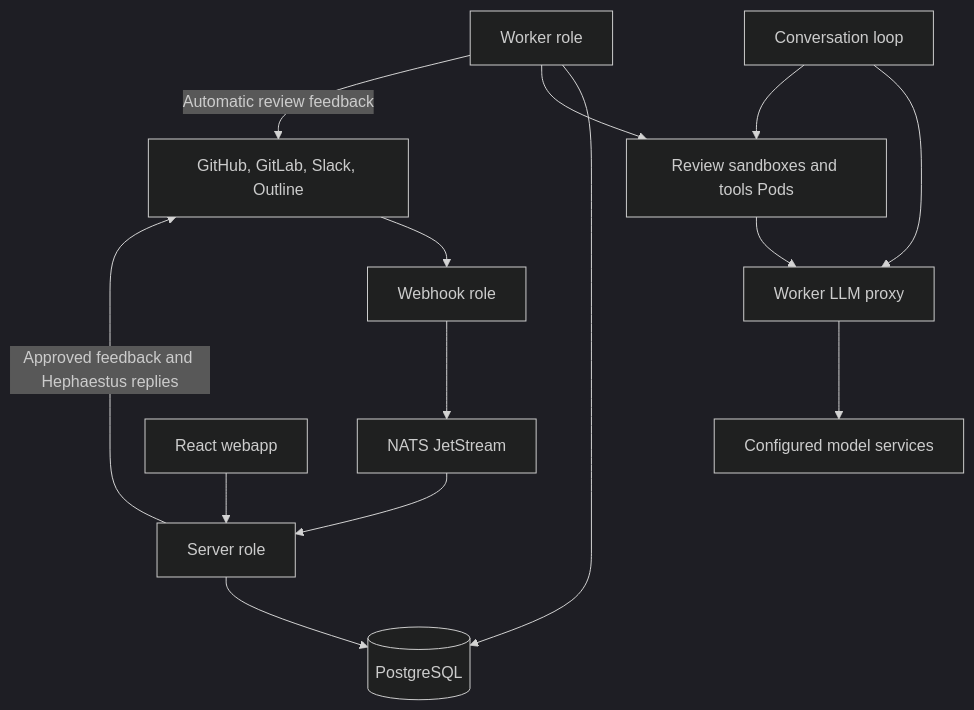
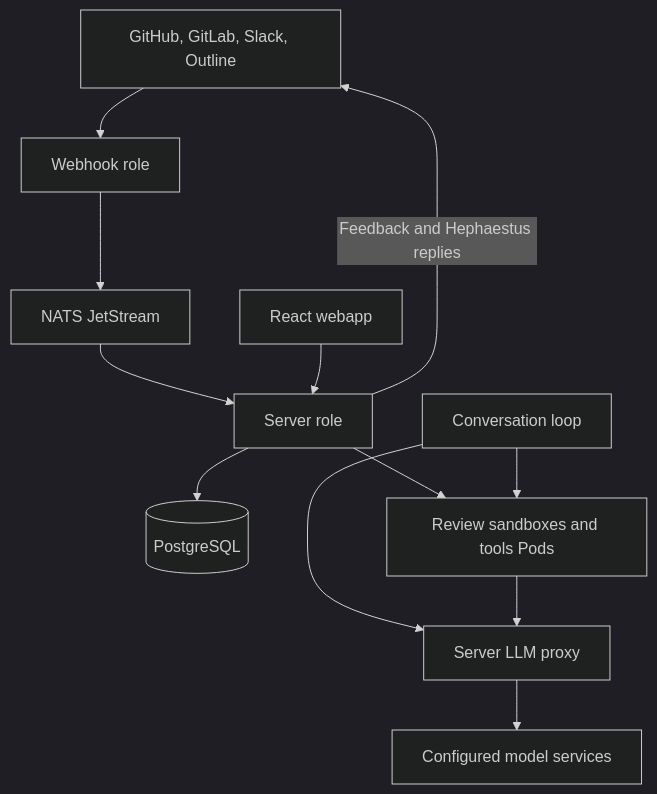
Before and after one commit to hephaestus-build/Hephaestus: the first of 3 diagrams in docs/contributor/system-design.mdx, drawn with Mermaid (dark theme). The commit also changed other lines of this file and 522 other files, not shown here.

````diff
--- a/docs/contributor/system-design.mdx
+++ b/docs/contributor/system-design.mdx
@@ -10,18 +10,16 @@
 ```mermaid
 flowchart TB
     accTitle: Hephaestus runtime topology
-    accDescr: The webapp calls the server. The webhook role verifies provider events and publishes them to NATS. The server consumes events and writes jobs and conversation turns to PostgreSQL. Workers claim them from PostgreSQL and run reviews in sandboxes. The conversation loop pulls conversation turns from the workers and runs their tools in tools Pods.
+    accDescr: The webapp calls the server. The webhook role verifies provider events and publishes them to NATS. The server consumes events and writes jobs and conversation turns to PostgreSQL. With sandboxes enabled, the server claims them from PostgreSQL and runs reviews in sandboxes. The conversation loop pulls conversation turns from the servers and runs their tools in tools Pods.
     Providers[GitHub, GitLab, Slack, Outline] --> Webhook[Webhook role]
     Webhook --> NATS[NATS JetStream]
     NATS --> Server[Server role]
     SPA[React webapp] --> Server
     Server --> DB[(PostgreSQL)]
-    Worker[Worker role] --> DB
-    Worker --> Sandbox[Review sandboxes and tools Pods]
+    Server --> Sandbox[Review sandboxes and tools Pods]
     Loop[Conversation loop] --> Proxy
     Loop --> Sandbox
-    Sandbox --> Proxy[Worker LLM proxy]
+    Sandbox --> Proxy[Server LLM proxy]
     Proxy --> Models[Configured model services]
-    Worker -->|Automatic review feedback| Providers
-    Server -->|Approved feedback and Hephaestus replies| Providers
+    Server -->|Feedback and Hephaestus replies| Providers
 ```
````
